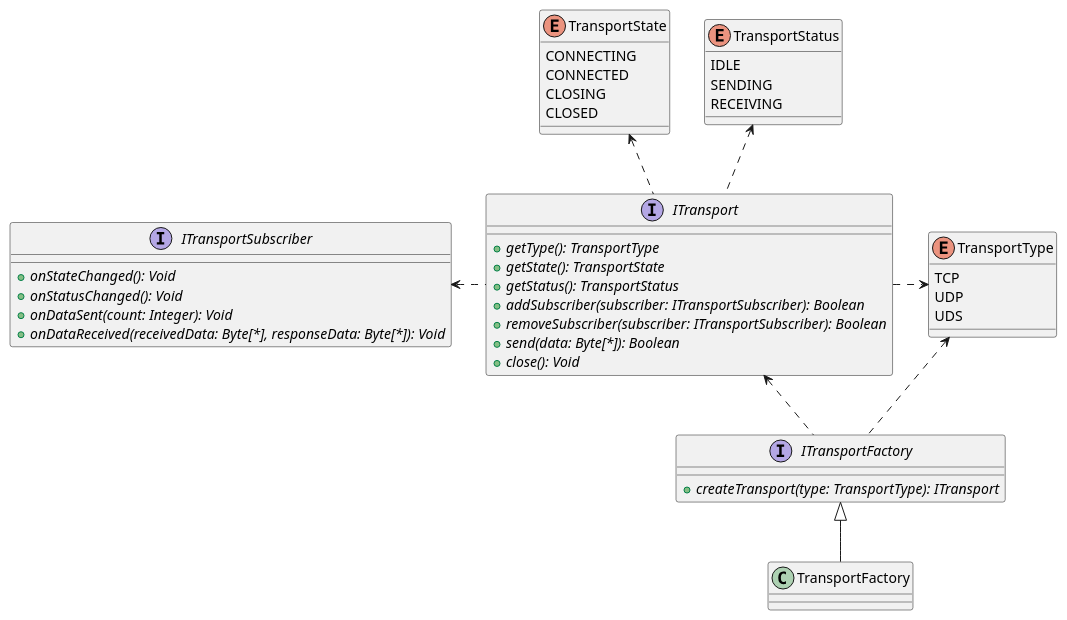
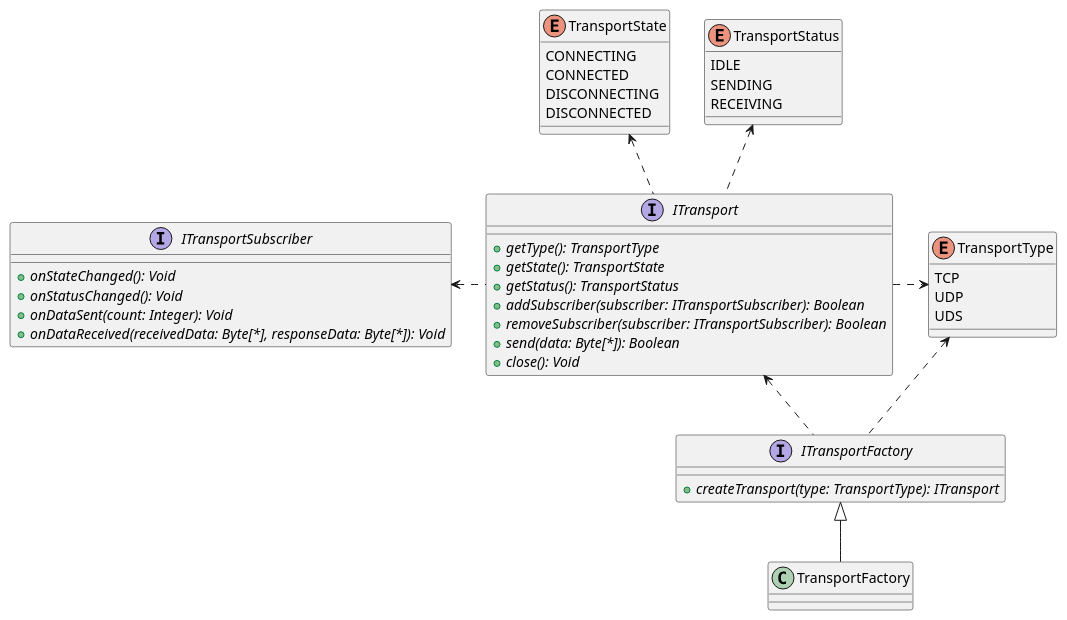
Before and after one commit to nghdang/connix: the diagram in docs/architecture/05_building_block_view/communication/transport_layer/interface_view.puml, drawn with PlantUML. The commit also changed 4 other files, not shown here.

```diff
--- a/docs/architecture/05_building_block_view/communication/transport_layer/interface_view.puml
+++ b/docs/architecture/05_building_block_view/communication/transport_layer/interface_view.puml
@@ -1,55 +1,55 @@
 @startuml Transport Layer - Interface View
 
 enum TransportType {
     TCP
     UDP
     UDS
 }
 
 enum TransportState {
     CONNECTING
     CONNECTED
-    CLOSING
-    CLOSED
+    DISCONNECTING
+    DISCONNECTED
 }
 
 enum TransportStatus {
     IDLE
     SENDING
     RECEIVING
 }
 
 interface ITransportSubscriber {
     + {abstract} onStateChanged(): Void
     + {abstract} onStatusChanged(): Void
     + {abstract} onDataSent(count: Integer): Void
     + {abstract} onDataReceived(receivedData: Byte[*], responseData: Byte[*]): Void
 }
 
 interface ITransport {
     + {abstract} getType(): TransportType
     + {abstract} getState(): TransportState
     + {abstract} getStatus(): TransportStatus
     + {abstract} addSubscriber(subscriber: ITransportSubscriber): Boolean
     + {abstract} removeSubscriber(subscriber: ITransportSubscriber): Boolean
     + {abstract} send(data: Byte[*]): Boolean
     + {abstract} close(): Void
 }
 
 interface ITransportFactory {
     + {abstract} createTransport(type: TransportType): ITransport
 }
 
 class TransportFactory
 
 TransportType <.left. ITransport
 TransportState <.. ITransport
 TransportStatus <.. ITransport
 ITransportSubscriber <.right. ITransport
 
 TransportType <.. ITransportFactory
 ITransport <.. ITransportFactory
 
 ITransportFactory <|-- TransportFactory
 
 @enduml
```
